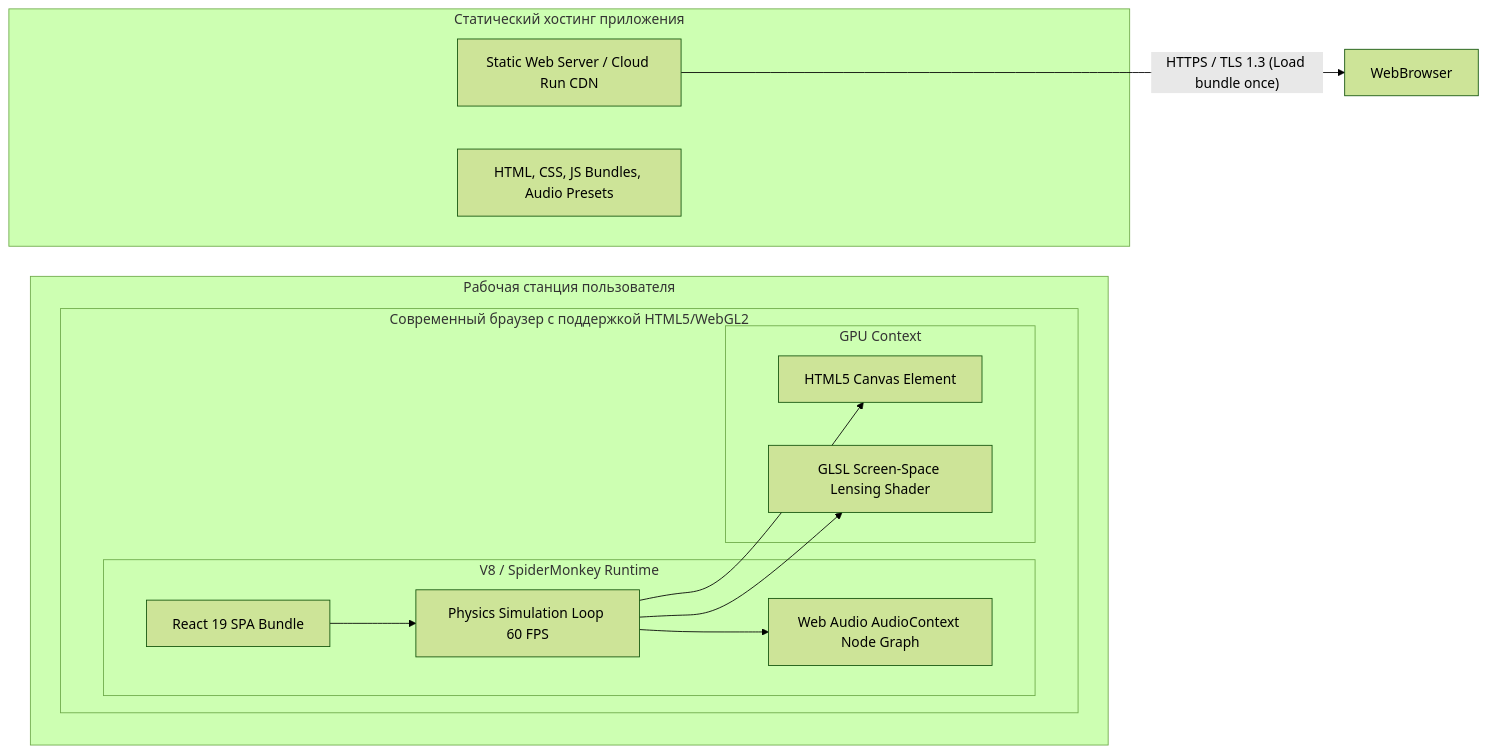
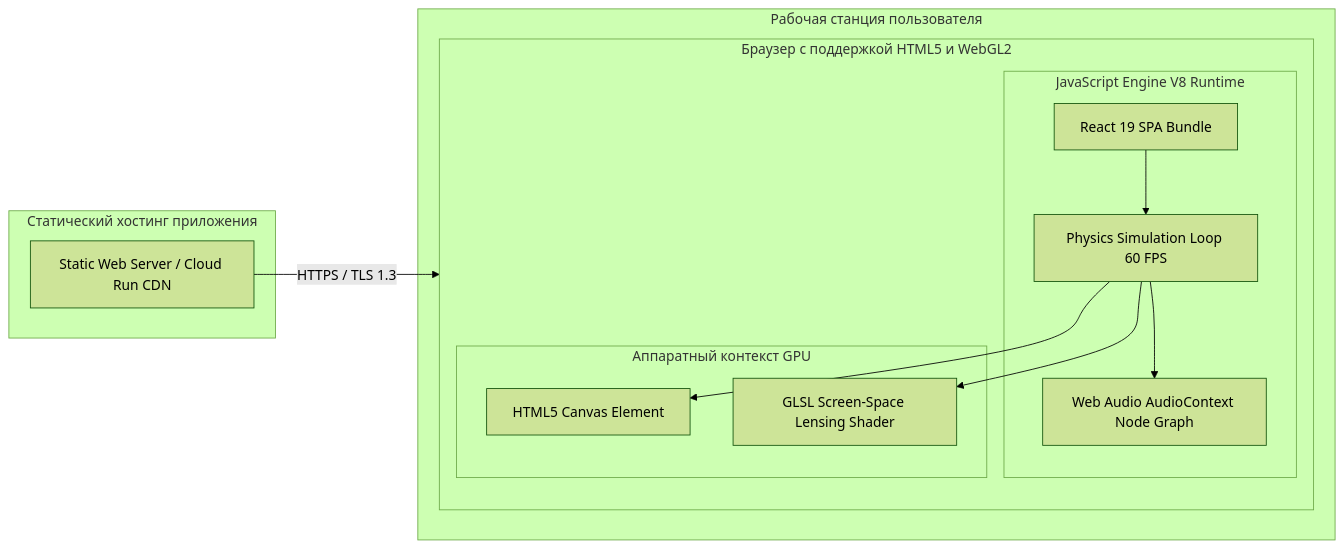
Before and after one commit to bobPingvin/stellargenesis: the third of 11 diagrams in diagrams-overview.md, drawn with Mermaid (forest theme). The commit also changed other lines of this file, not shown here.

````diff
--- a/diagrams-overview.md
+++ b/diagrams-overview.md
@@ -184,27 +187,26 @@
 ```mermaid
 graph LR
-    subgraph Client Workstation [Рабочая станция пользователя]
-        subgraph Web Browser [Современный браузер с поддержкой HTML5/WebGL2]
-            subgraph JavaScript Engine [V8 / SpiderMonkey Runtime]
-                ReactApp[React 19 SPA Bundle]
-                PhysicsWorker[Physics Simulation Loop 60 FPS]
-                WebAudioContext[Web Audio AudioContext Node Graph]
+    subgraph ClientWorkstation["Рабочая станция пользователя"]
+        subgraph WebBrowser["Браузер с поддержкой HTML5 и WebGL2"]
+            subgraph JSEngine["JavaScript Engine V8 Runtime"]
+                ReactApp["React 19 SPA Bundle"]
+                PhysicsWorker["Physics Simulation Loop 60 FPS"]
+                WebAudioContext["Web Audio AudioContext Node Graph"]
             end
-            subgraph Hardware Accelerated Rendering [GPU Context]
-                CanvasDisplay[HTML5 Canvas Element]
-                WebGLFragmentPipeline[GLSL Screen-Space Lensing Shader]
+            subgraph GPURendering["Аппаратный контекст GPU"]
+                CanvasDisplay["HTML5 Canvas Element"]
+                WebGLFragmentPipeline["GLSL Screen-Space Lensing Shader"]
             end
         end
     end
 
-    subgraph Hosting / CDN Infrastructure [Статический хостинг приложения]
-        StaticServer[Static Web Server / Cloud Run CDN]
-        Assets[HTML, CSS, JS Bundles, Audio Presets]
+    subgraph HostingInfrastructure["Статический хостинг приложения"]
+        StaticServer["Static Web Server / Cloud Run CDN"]
     end
 
-    StaticServer -- "HTTPS / TLS 1.3 (Load bundle once)" --> WebBrowser
+    StaticServer -->|"HTTPS / TLS 1.3"| WebBrowser
     ReactApp --> PhysicsWorker
     PhysicsWorker --> CanvasDisplay
     PhysicsWorker --> WebGLFragmentPipeline
     PhysicsWorker --> WebAudioContext
 ```
````
